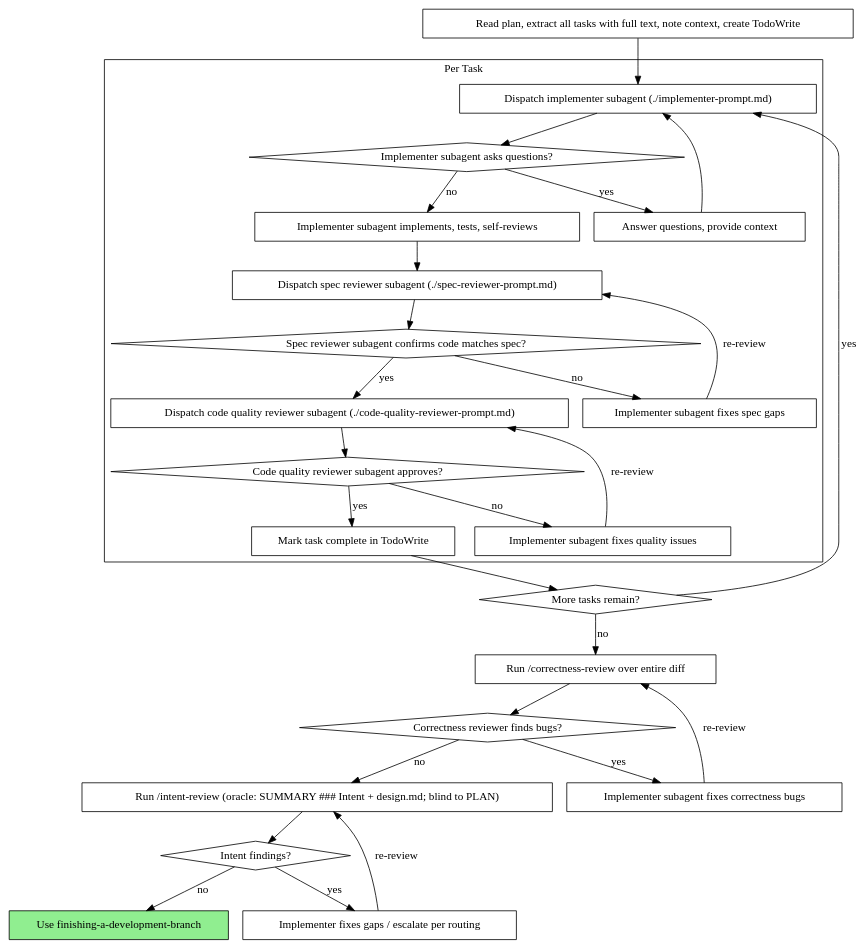
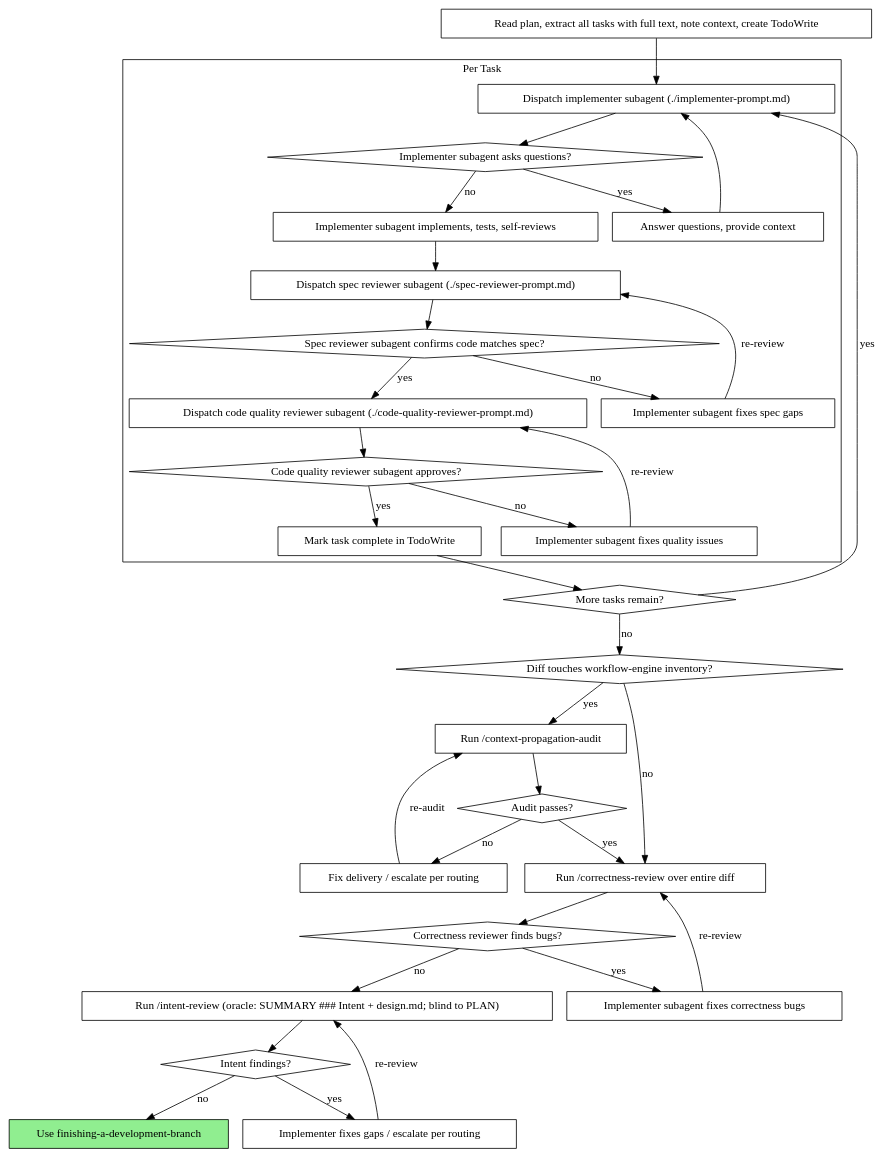
The second of 2 diagrams in skills/subagent-driven-development/SKILL.md (minhtran3124/agent-harness), drawn with Graphviz before and after one commit. The commit also changed other lines of this file and 5 other files, not shown here.

First line of the commit message:
feat(gh-143): wave 3 — context-propagation-audit skill + wiring + drift lint

````diff
--- a/skills/subagent-driven-development/SKILL.md
+++ b/skills/subagent-driven-development/SKILL.md
@@ -55,56 +55,66 @@
 ```dot
 digraph process {
     rankdir=TB;
 
     subgraph cluster_per_task {
         label="Per Task";
         "Dispatch implementer subagent (./implementer-prompt.md)" [shape=box];
         "Implementer subagent asks questions?" [shape=diamond];
         "Answer questions, provide context" [shape=box];
         "Implementer subagent implements, tests, self-reviews" [shape=box];
         "Dispatch spec reviewer subagent (./spec-reviewer-prompt.md)" [shape=box];
         "Spec reviewer subagent confirms code matches spec?" [shape=diamond];
         "Implementer subagent fixes spec gaps" [shape=box];
         "Dispatch code quality reviewer subagent (./code-quality-reviewer-prompt.md)" [shape=box];
         "Code quality reviewer subagent approves?" [shape=diamond];
         "Implementer subagent fixes quality issues" [shape=box];
         "Mark task complete in TodoWrite" [shape=box];
     }
 
     "Read plan, extract all tasks with full text, note context, create TodoWrite" [shape=box];
     "More tasks remain?" [shape=diamond];
+    "Diff touches workflow-engine inventory?" [shape=diamond];
+    "Run /context-propagation-audit" [shape=box];
+    "Audit passes?" [shape=diamond];
+    "Fix delivery / escalate per routing" [shape=box];
     "Run /correctness-review over entire diff" [shape=box];
     "Correctness reviewer finds bugs?" [shape=diamond];
     "Implementer subagent fixes correctness bugs" [shape=box];
     "Run /intent-review (oracle: SUMMARY ### Intent + design.md; blind to PLAN)" [shape=box];
     "Intent findings?" [shape=diamond];
     "Implementer fixes gaps / escalate per routing" [shape=box];
     "Use finishing-a-development-branch" [shape=box style=filled fillcolor=lightgreen];
 
     "Read plan, extract all tasks with full text, note context, create TodoWrite" -> "Dispatch implementer subagent (./implementer-prompt.md)";
     "Dispatch implementer subagent (./implementer-prompt.md)" -> "Implementer subagent asks questions?";
     "Implementer subagent asks questions?" -> "Answer questions, provide context" [label="yes"];
     "Answer questions, provide context" -> "Dispatch implementer subagent (./implementer-prompt.md)";
     "Implementer subagent asks questions?" -> "Implementer subagent implements, tests, self-reviews" [label="no"];
     "Implementer subagent implements, tests, self-reviews" -> "Dispatch spec reviewer subagent (./spec-reviewer-prompt.md)";
     "Dispatch spec reviewer subagent (./spec-reviewer-prompt.md)" -> "Spec reviewer subagent confirms code matches spec?";
     "Spec reviewer subagent confirms code matches spec?" -> "Implementer subagent fixes spec gaps" [label="no"];
     "Implementer subagent fixes spec gaps" -> "Dispatch spec reviewer subagent (./spec-reviewer-prompt.md)" [label="re-review"];
     "Spec reviewer subagent confirms code matches spec?" -> "Dispatch code quality reviewer subagent (./code-quality-reviewer-prompt.md)" [label="yes"];
     "Dispatch code quality reviewer subagent (./code-quality-reviewer-prompt.md)" -> "Code quality reviewer subagent approves?";
     "Code quality reviewer subagent approves?" -> "Implementer subagent fixes quality issues" [label="no"];
     "Implementer subagent fixes quality issues" -> "Dispatch code quality reviewer subagent (./code-quality-reviewer-prompt.md)" [label="re-review"];
     "Code quality reviewer subagent approves?" -> "Mark task complete in TodoWrite" [label="yes"];
     "Mark task complete in TodoWrite" -> "More tasks remain?";
     "More tasks remain?" -> "Dispatch implementer subagent (./implementer-prompt.md)" [label="yes"];
-    "More tasks remain?" -> "Run /correctness-review over entire diff" [label="no"];
+    "More tasks remain?" -> "Diff touches workflow-engine inventory?" [label="no"];
+    "Diff touches workflow-engine inventory?" -> "Run /context-propagation-audit" [label="yes"];
+    "Diff touches workflow-engine inventory?" -> "Run /correctness-review over entire diff" [label="no"];
+    "Run /context-propagation-audit" -> "Audit passes?";
+    "Audit passes?" -> "Run /correctness-review over entire diff" [label="yes"];
+    "Audit passes?" -> "Fix delivery / escalate per routing" [label="no"];
+    "Fix delivery / escalate per routing" -> "Run /context-propagation-audit" [label="re-audit"];
     "Run /correctness-review over entire diff" -> "Correctness reviewer finds bugs?";
     "Correctness reviewer finds bugs?" -> "Implementer subagent fixes correctness bugs" [label="yes"];
     "Implementer subagent fixes correctness bugs" -> "Run /correctness-review over entire diff" [label="re-review"];
     "Correctness reviewer finds bugs?" -> "Run /intent-review (oracle: SUMMARY ### Intent + design.md; blind to PLAN)" [label="no"];
     "Run /intent-review (oracle: SUMMARY ### Intent + design.md; blind to PLAN)" -> "Intent findings?";
     "Intent findings?" -> "Implementer fixes gaps / escalate per routing" [label="yes"];
     "Implementer fixes gaps / escalate per routing" -> "Run /intent-review (oracle: SUMMARY ### Intent + design.md; blind to PLAN)" [label="re-review"];
     "Intent findings?" -> "Use finishing-a-development-branch" [label="no"];
 }
 ```
````
